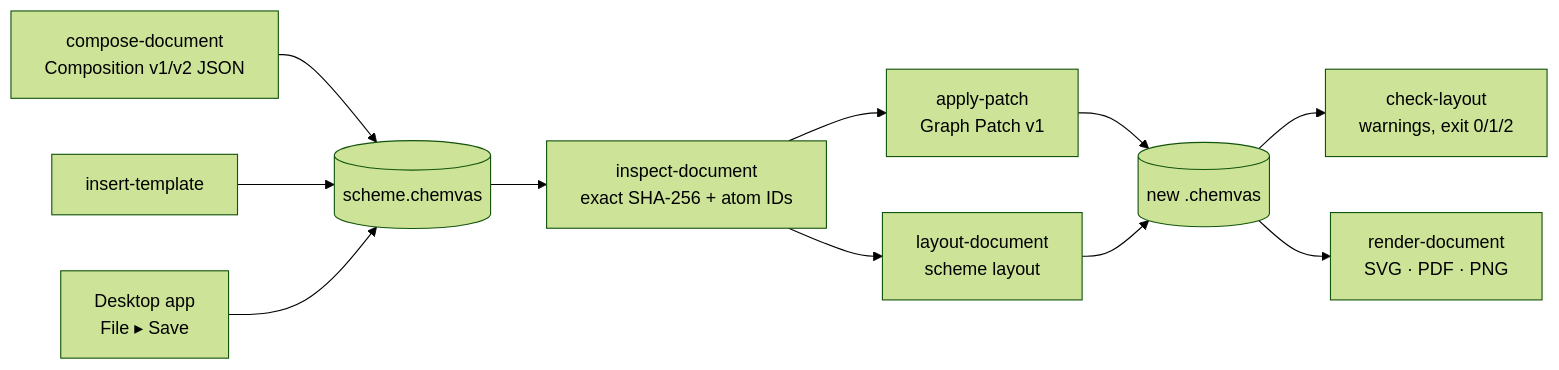
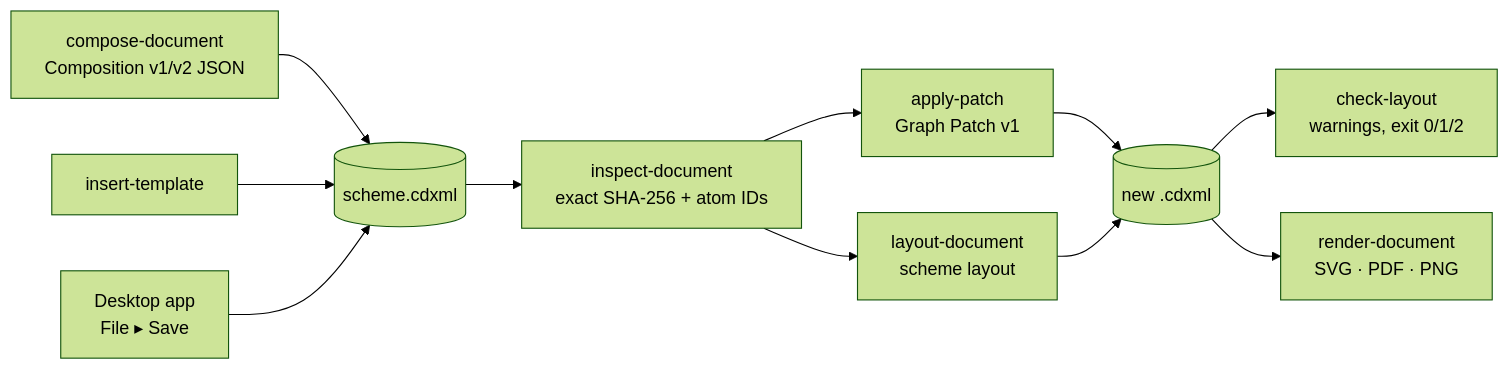
One commit to dhsohn/Chemvas changed the diagram in docs/AGENT_CLI.md. Above: the diagram before and after it, drawn with Mermaid (forest theme). The commit also changed other lines of this file and 272 other files, not shown here.

````diff
--- a/docs/AGENT_CLI.md
+++ b/docs/AGENT_CLI.md
@@ -9,13 +9,13 @@
 ```mermaid
 flowchart LR
-    compose["compose-document<br/>Composition v1/v2 JSON"] --> doc[("scheme.chemvas")]
+    compose["compose-document<br/>Composition v1/v2 JSON"] --> doc[("scheme.cdxml")]
     template["insert-template"] --> doc
     desktop["Desktop app<br/>File ▸ Save"] --> doc
     doc --> inspect["inspect-document<br/>exact SHA-256 + atom IDs"]
     inspect --> patch["apply-patch<br/>Graph Patch v1"]
     inspect --> layout["layout-document<br/>scheme layout"]
-    patch --> revised[("new .chemvas")]
+    patch --> revised[("new .cdxml")]
     layout --> revised
     revised --> check["check-layout<br/>warnings, exit 0/1/2"]
     revised --> render["render-document<br/>SVG · PDF · PNG"]
 ```
````
